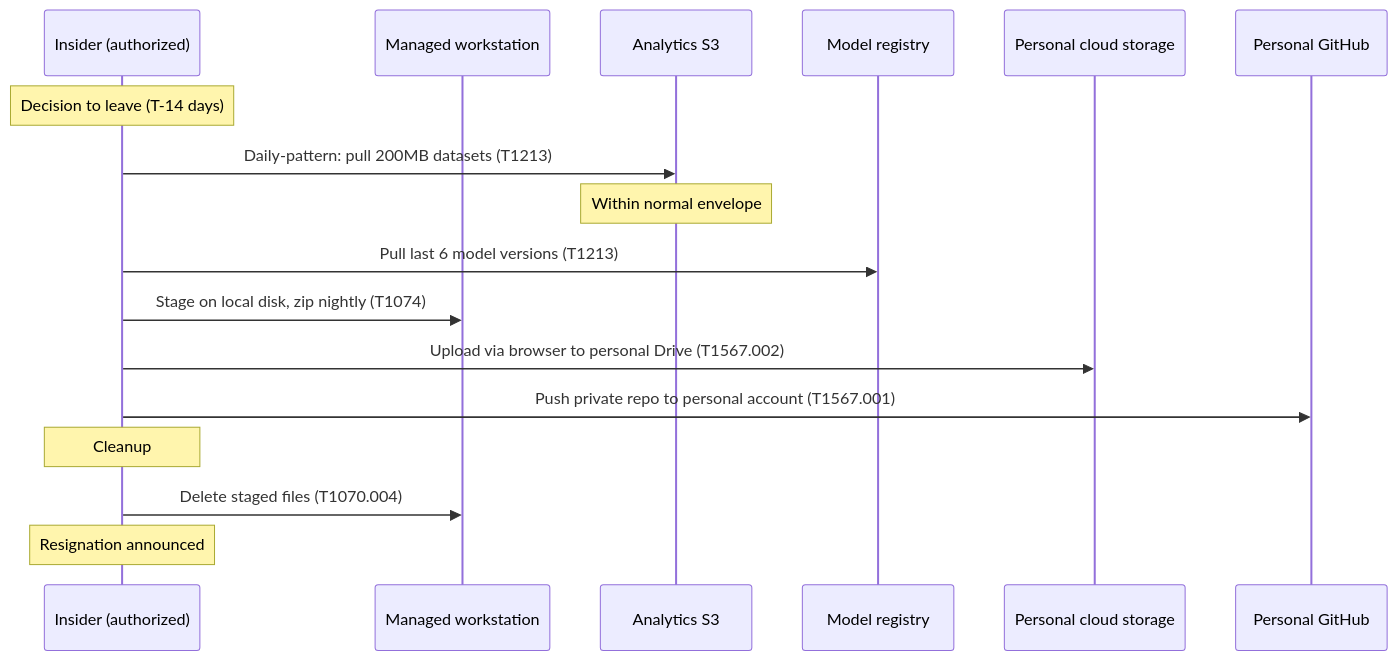
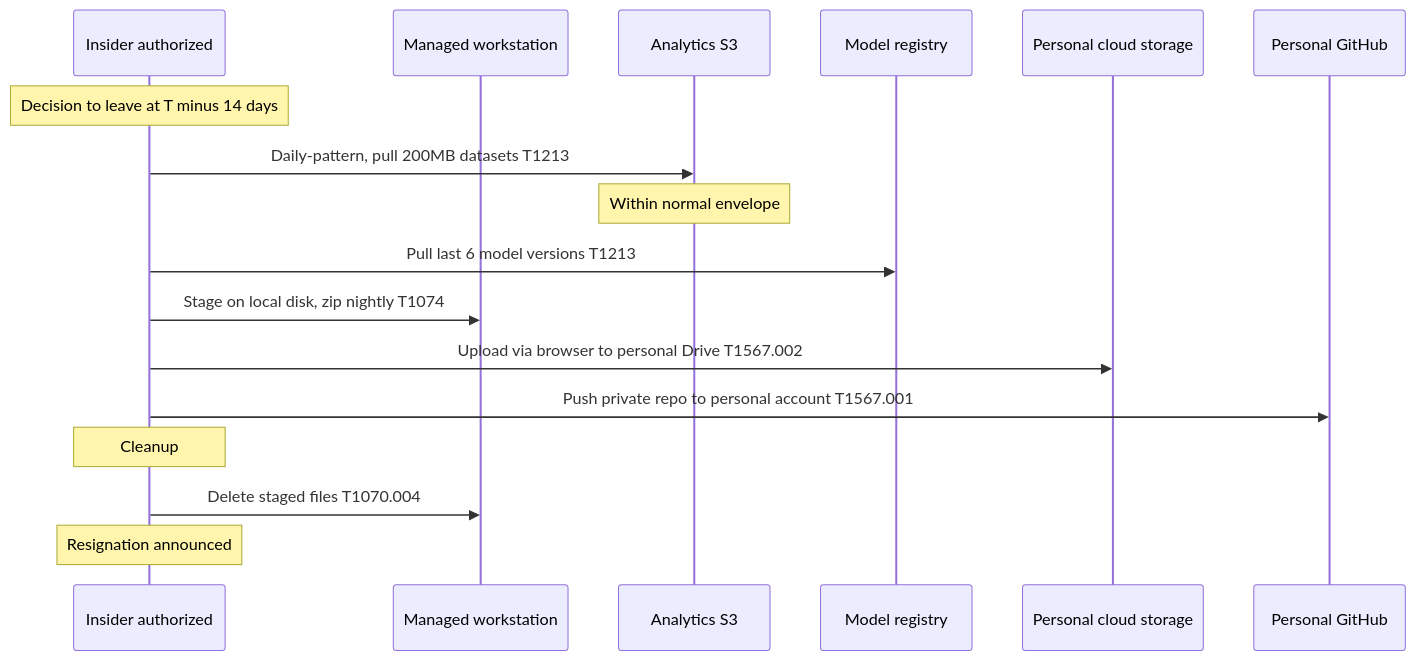
The diagram in Attack Scenario 4/Sequence Summary.md (DhillanC/Thread-Modeling-DCS-CareConnect), drawn with Mermaid before and after one commit. The commit also changed 10 other files, not shown here.

First line of the commit message:
fix: make all Mermaid diagrams compatible with GitHub/VSCode preview parser

````diff
--- a/Attack Scenario 4/Sequence Summary.md
+++ b/Attack Scenario 4/Sequence Summary.md
@@ -9,20 +9,20 @@
 ```mermaid
 sequenceDiagram
-    participant Ins as Insider (authorized)
+    participant Ins as Insider authorized
     participant WS as Managed workstation
     participant Lake as Analytics S3
     participant Vault as Model registry
     participant Cloud as Personal cloud storage
     participant Git as Personal GitHub
 
-    Note over Ins: Decision to leave (T-14 days)
-    Ins->>Lake: Daily-pattern: pull 200MB datasets (T1213)
+    Note over Ins: Decision to leave at T minus 14 days
+    Ins->>Lake: Daily-pattern, pull 200MB datasets T1213
     Note over Lake: Within normal envelope
-    Ins->>Vault: Pull last 6 model versions (T1213)
-    Ins->>WS: Stage on local disk, zip nightly (T1074)
-    Ins->>Cloud: Upload via browser to personal Drive (T1567.002)
-    Ins->>Git: Push private repo to personal account (T1567.001)
+    Ins->>Vault: Pull last 6 model versions T1213
+    Ins->>WS: Stage on local disk, zip nightly T1074
+    Ins->>Cloud: Upload via browser to personal Drive T1567.002
+    Ins->>Git: Push private repo to personal account T1567.001
     Note over Ins: Cleanup
-    Ins->>WS: Delete staged files (T1070.004)
+    Ins->>WS: Delete staged files T1070.004
     Note over Ins: Resignation announced
 ```
````
